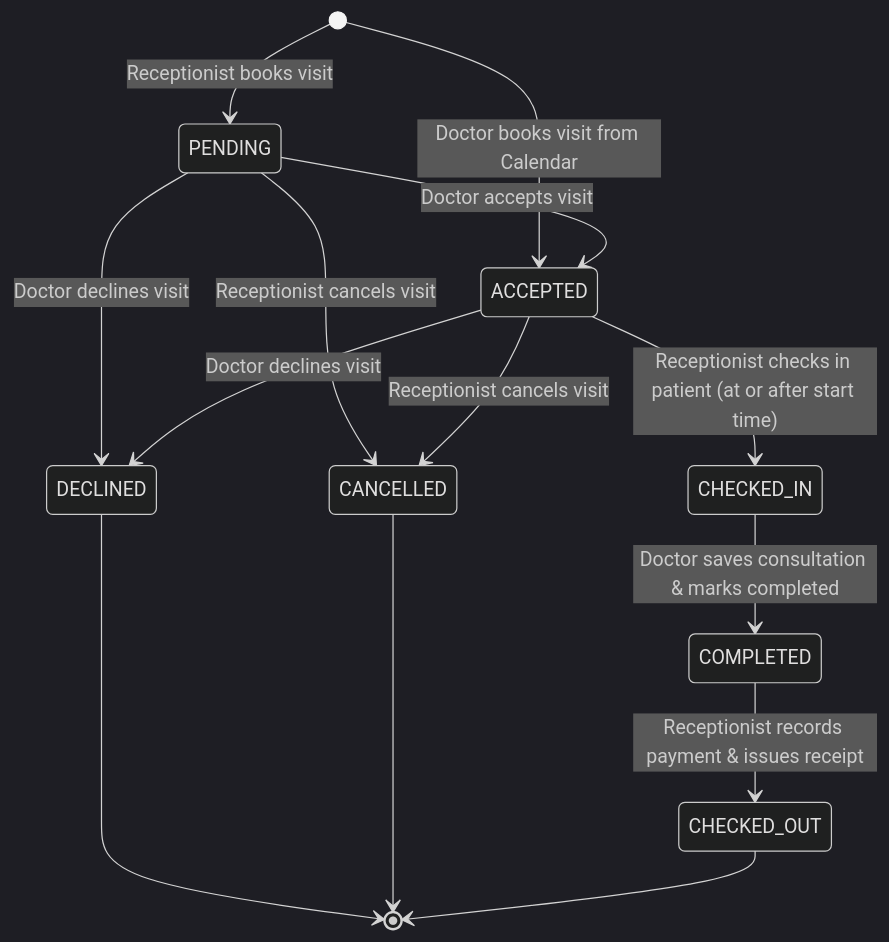
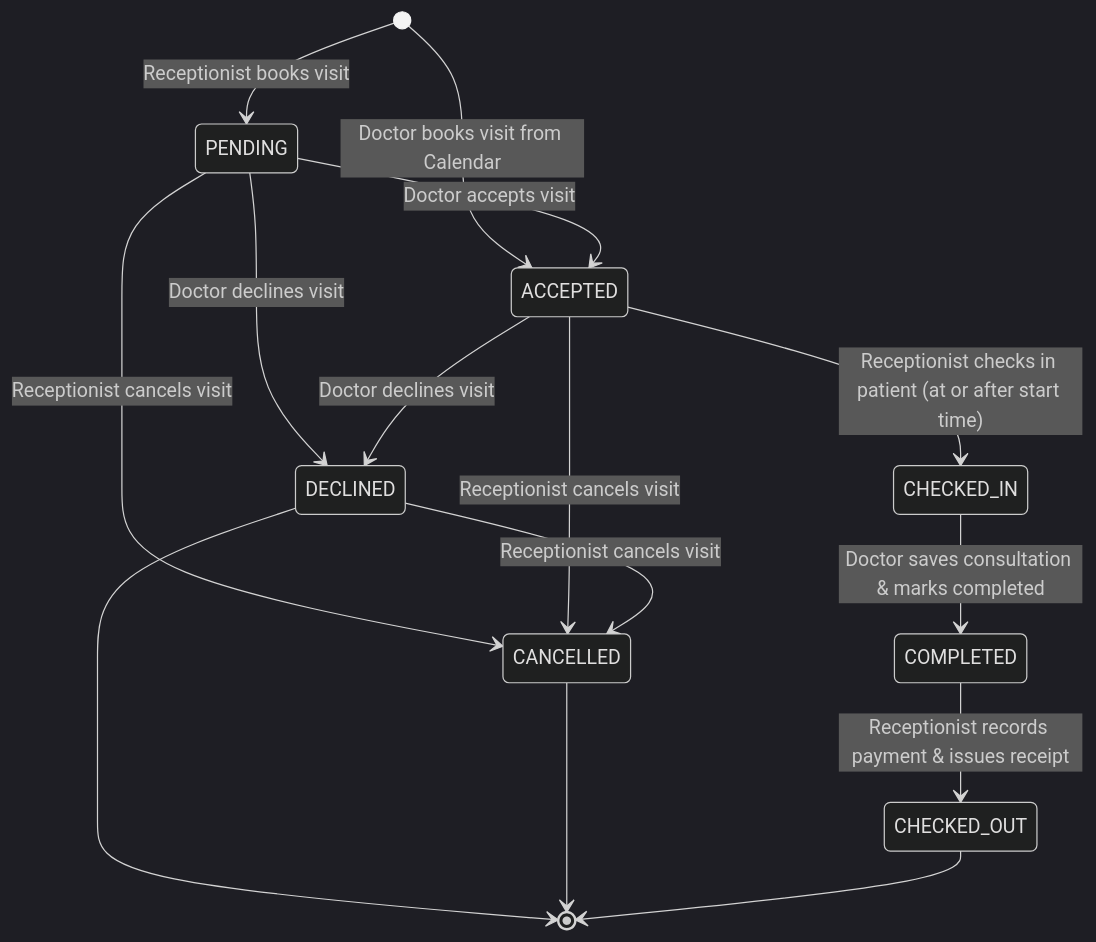
The diagram in docs/UserGuide.md (CS3227-2610-MP2-NUSynapxe/CS3227-2610-MP2), drawn with Mermaid (dark theme) before and after one commit. The commit also changed other lines of this file and 5 other files, not shown here.

````diff
--- a/docs/UserGuide.md
+++ b/docs/UserGuide.md
@@ -284,16 +284,17 @@
 ```mermaid
 stateDiagram-v2
     [*] --> PENDING: Receptionist books visit
     [*] --> ACCEPTED: Doctor books visit from Calendar
     PENDING --> ACCEPTED: Doctor accepts visit
     PENDING --> DECLINED: Doctor declines visit
     PENDING --> CANCELLED: Receptionist cancels visit
     ACCEPTED --> CHECKED_IN: Receptionist checks in patient (at or after start time)
     ACCEPTED --> DECLINED: Doctor declines visit
     ACCEPTED --> CANCELLED: Receptionist cancels visit
+    DECLINED --> CANCELLED: Receptionist cancels visit
     CHECKED_IN --> COMPLETED: Doctor saves consultation & marks completed
     COMPLETED --> CHECKED_OUT: Receptionist records payment & issues receipt
     DECLINED --> [*]
     CANCELLED --> [*]
     CHECKED_OUT --> [*]
 ```
````
